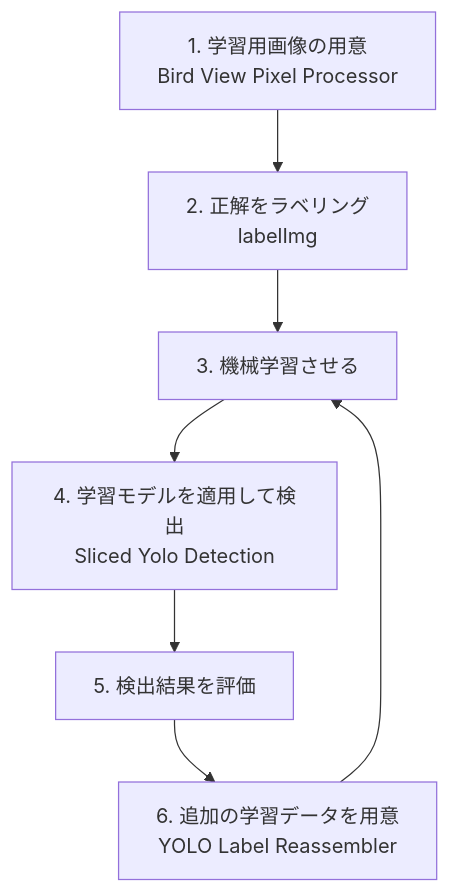
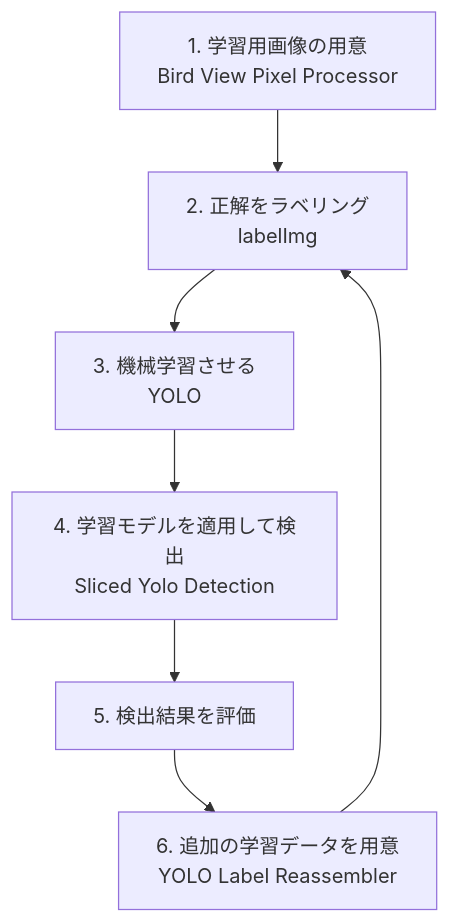
One commit to dante-12/bird-detection changed the diagram in README.md. Above: the diagram before and after it, drawn with Mermaid. The commit also changed other lines of this file, not shown here.

````diff
--- a/README.md
+++ b/README.md
@@ -9,9 +9,9 @@
 ```mermaid
 flowchart TD
     A["1. 学習用画像の用意<br/>Bird View Pixel Processor"] --> B["2. 正解をラベリング<br/>labelImg"]
-    B --> C["3. 機械学習させる"]
+    B --> C["3. 機械学習させる<br/>YOLO"]
     C --> D["4. 学習モデルを適用して検出<br/>Sliced Yolo Detection"]
     D --> E["5. 検出結果を評価"]
     E --> F["6. 追加の学習データを用意<br/>YOLO Label Reassembler"]
-    F --> C
+    F --> B
 ```
````
